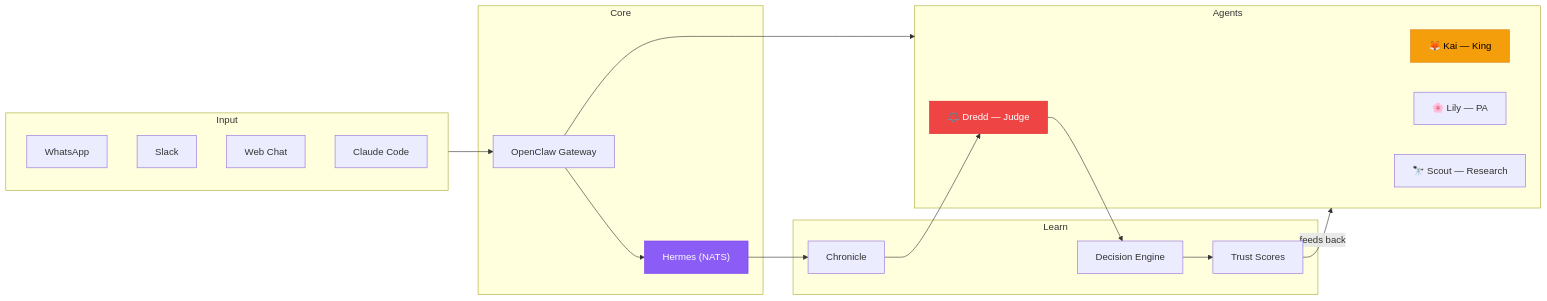
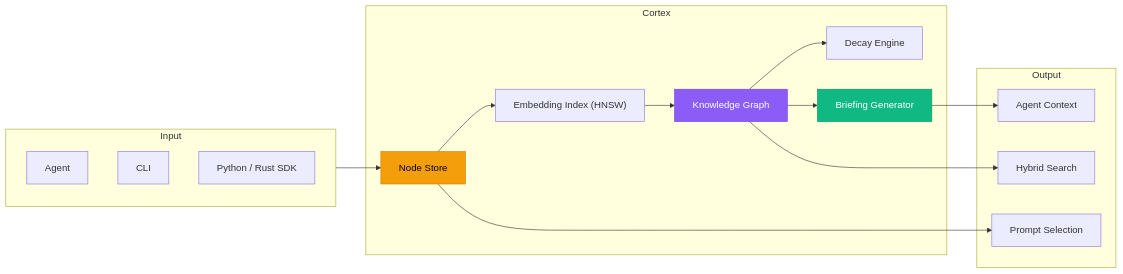
Before and after one commit to DarlingtonDeveloper/DarlingtonDeveloper: the diagram in README.md, drawn with Mermaid. The commit also changed other lines of this file, not shown here.

First line of the commit message:
Revamp profile README with Cortex diagram, badges, and narrative

````diff
--- a/README.md
+++ b/README.md
@@ -7,36 +22,33 @@
 ```mermaid
 graph LR
     subgraph Input
-        WhatsApp
-        Slack
-        Web["Web Chat"]
-        CC["Claude Code"]
+        Agent1["Agent"]
+        CLI["CLI"]
+        API["Python / Rust SDK"]
     end
 
-    subgraph Core
-        Gateway["OpenClaw Gateway"]
-        NATS["Hermes (NATS)"]
+    subgraph Cortex
+        Store["Node Store"]
+        Embed["Embedding Index (HNSW)"]
+        Graph["Knowledge Graph"]
+        Decay["Decay Engine"]
+        Briefing["Briefing Generator"]
     end
 
-    subgraph Agents
-        Kai["🦊 Kai — King"]
-        Lily["🌸 Lily — PA"]
-        Scout["🔭 Scout — Research"]
-        Dredd["⚖️ Dredd — Judge"]
+    subgraph Output
+        Context["Agent Context"]
+        Search["Hybrid Search"]
+        Prompts["Prompt Selection"]
     end
 
-    subgraph Learn
-        Chronicle["Chronicle"]
-        Decisions["Decision Engine"]
-        Trust["Trust Scores"]
-    end
+    Input --> Store
+    Store --> Embed --> Graph
+    Graph --> Decay
+    Graph --> Briefing --> Context
+    Graph --> Search
+    Store --> Prompts
 
-    Input --> Gateway --> Agents
-    Gateway --> NATS --> Chronicle --> Dredd
-    Dredd --> Decisions --> Trust
-    Trust --> |"feeds back"| Agents
-
-    style Kai fill:#f59e0b,stroke:#d97706,color:#000
-    style Dredd fill:#ef4444,stroke:#dc2626,color:#fff
-    style NATS fill:#8b5cf6,stroke:#7c3aed,color:#fff
+    style Store fill:#f59e0b,stroke:#d97706,color:#000
+    style Graph fill:#8b5cf6,stroke:#7c3aed,color:#fff
+    style Briefing fill:#10b981,stroke:#059669,color:#fff
 ```
````
